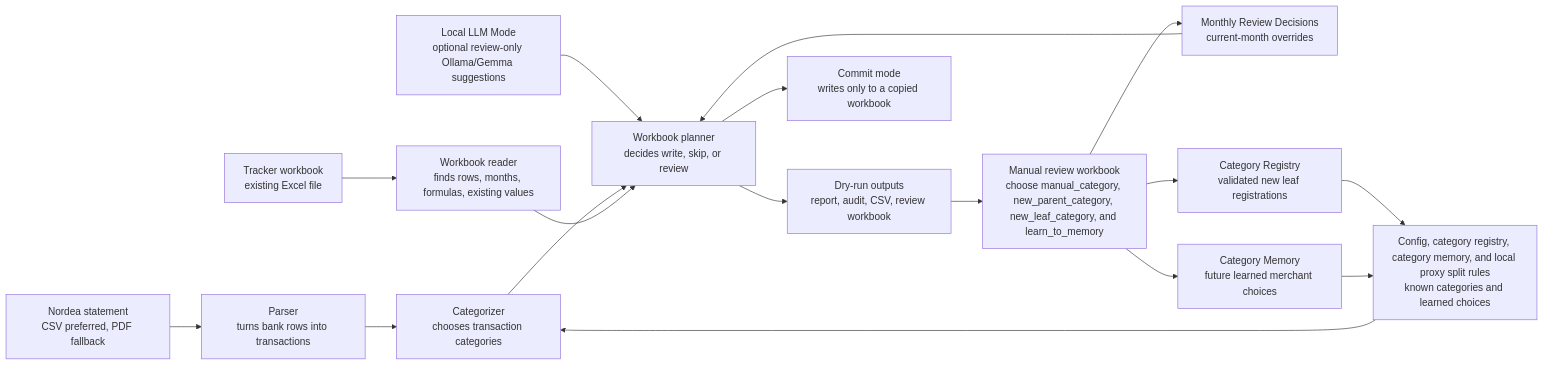
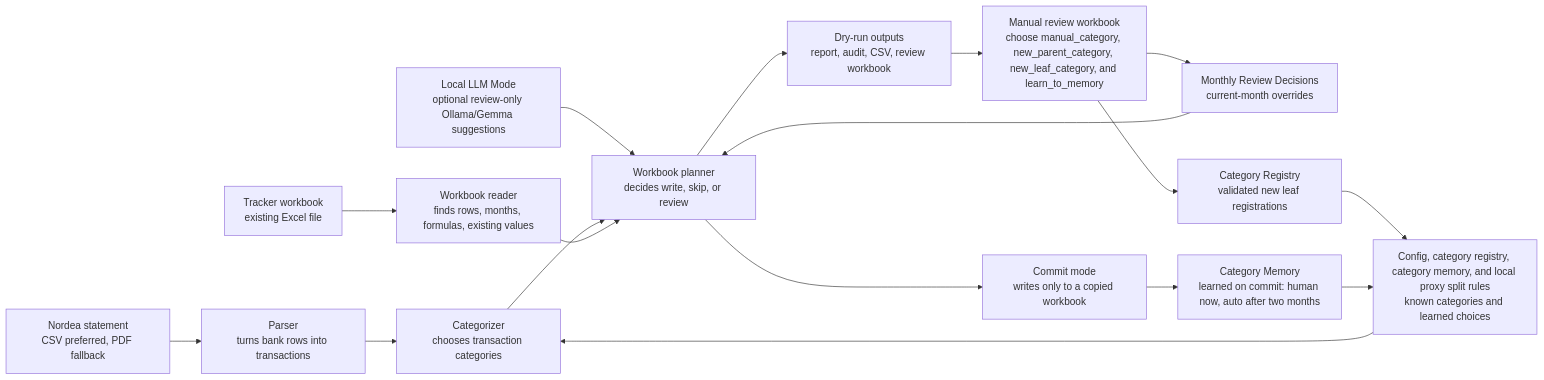
One commit to EricleungDK/personalwealthtracker changed the second of 5 diagrams in docs/project_overview.md. Above: the diagram before and after it, drawn with Mermaid. The commit also changed other lines of this file and 18 other files, not shown here.

First line of the commit message:
feat: learn category memory on commit with provenance (#9)

````diff
--- a/docs/project_overview.md
+++ b/docs/project_overview.md
@@ -47,21 +47,21 @@
 ```mermaid
 flowchart LR
   Statement["Nordea statement<br/>CSV preferred, PDF fallback"] --> Parser["Parser<br/>turns bank rows into transactions"]
   Tracker["Tracker workbook<br/>existing Excel file"] --> WorkbookRead["Workbook reader<br/>finds rows, months, formulas, existing values"]
   Rules["Config, category registry, category memory, and local proxy split rules<br/>known categories and learned choices"] --> Categorizer["Categorizer<br/>chooses transaction categories"]
   LocalLLM["Local LLM Mode<br/>optional review-only Ollama/Gemma suggestions"] --> Planner
 
   Parser --> Categorizer
   Categorizer --> Planner["Workbook planner<br/>decides write, skip, or review"]
   WorkbookRead --> Planner
 
   Planner --> DryRun["Dry-run outputs<br/>report, audit, CSV, review workbook"]
   DryRun --> Review["Manual review workbook<br/>choose manual_category, new_parent_category, new_leaf_category, and learn_to_memory"]
   Review --> Decisions["Monthly Review Decisions<br/>current-month overrides"]
   Review --> Registry["Category Registry<br/>validated new leaf registrations"]
-  Review --> Memory["Category Memory<br/>future learned merchant choices"]
   Registry --> Rules
   Decisions --> Planner
   Memory --> Rules
   Planner --> Commit["Commit mode<br/>writes only to a copied workbook"]
+  Commit --> Memory["Category Memory<br/>learned on commit: human now, auto after two months"]
 ```
````
